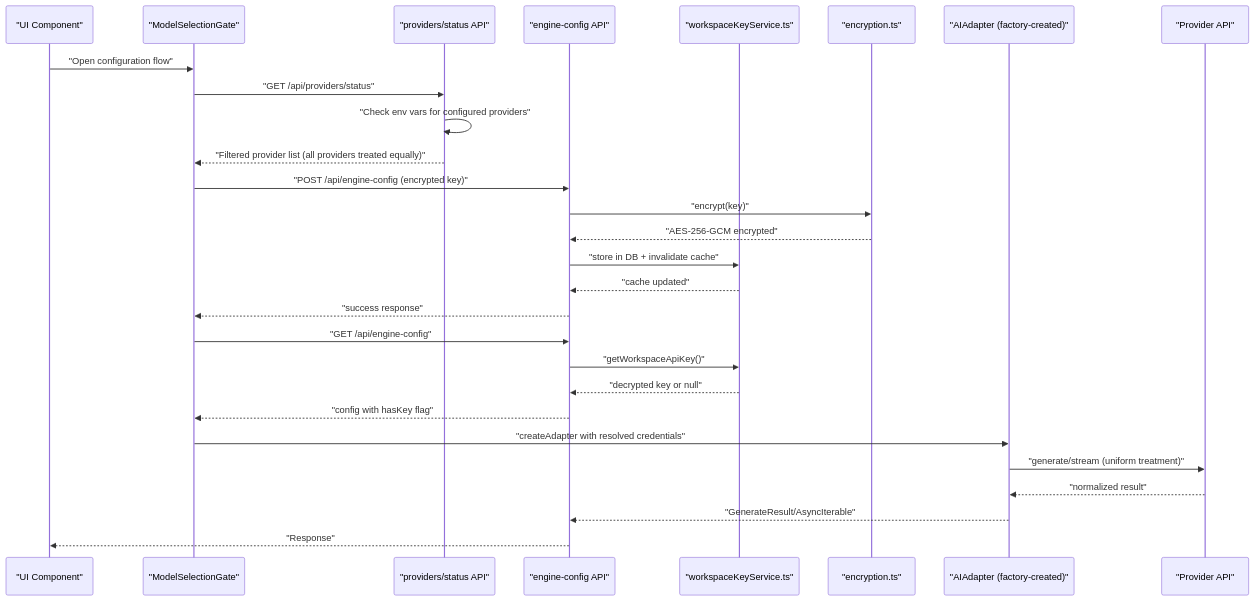
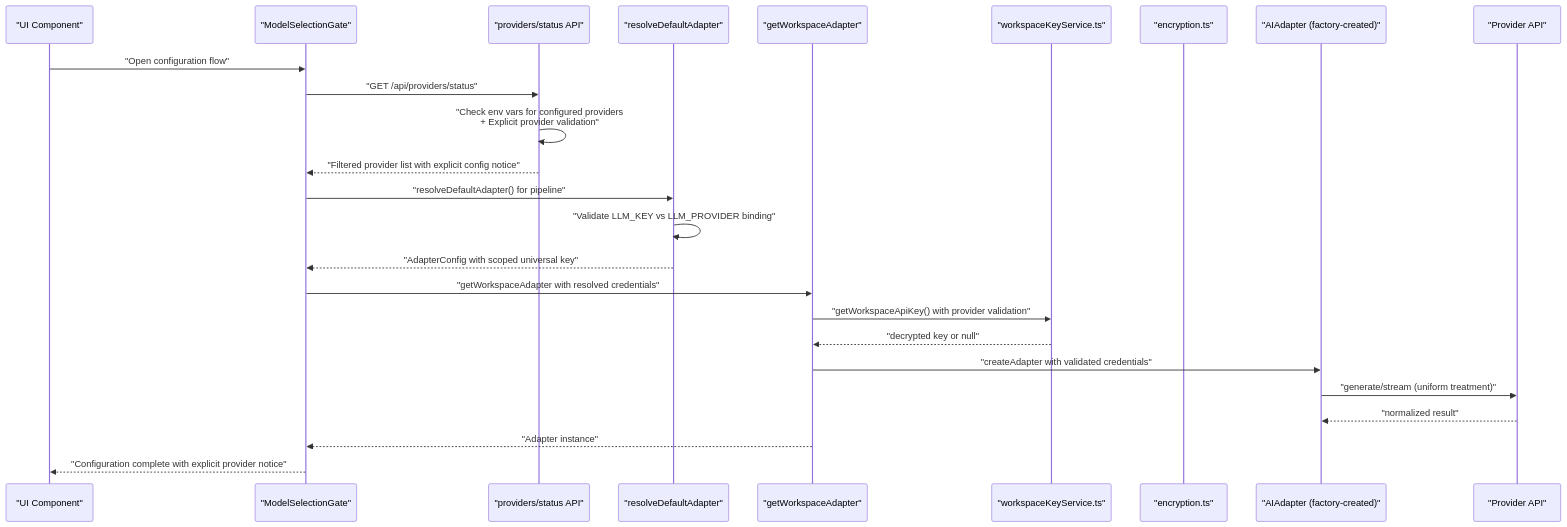
Before and after one commit to shekhargiri005-dotcom/AI-powered-accessibility-first-UI-engine: the second of 9 diagrams in .qoder/repowiki/en/content/AI Generation Engine/AI Provider Adapters/AI Provider Adapters.md, drawn with Mermaid. The commit also changed other lines of this file and 20 other files, not shown here.

Commit message:
Remove Vision check/Final Round - unused, saves API costs and pipeline time

````diff
--- a/.qoder/repowiki/en/content/AI Generation Engine/AI Provider Adapters/AI Provider Adapters.md
+++ b/.qoder/repowiki/en/content/AI Generation Engine/AI Provider Adapters/AI Provider Adapters.md
@@ -147,30 +147,27 @@
 ```mermaid
 sequenceDiagram
 participant UI as "UI Component"
 participant MSG as "ModelSelectionGate"
 participant PSTATUS as "providers/status API"
-participant API as "engine-config API"
+participant RDA as "resolveDefaultAdapter"
+participant IDX as "getWorkspaceAdapter"
 participant SEC as "workspaceKeyService.ts"
 participant ENC as "encryption.ts"
 participant ADP as "AIAdapter (factory-created)"
 participant PRV as "Provider API"
 UI->>MSG : "Open configuration flow"
 MSG->>PSTATUS : "GET /api/providers/status"
-PSTATUS->>PSTATUS : "Check env vars for configured providers"
-PSTATUS-->>MSG : "Filtered provider list (all providers treated equally)"
-MSG->>API : "POST /api/engine-config (encrypted key)"
-API->>ENC : "encrypt(key)"
-ENC-->>API : "AES-256-GCM encrypted"
-API->>SEC : "store in DB + invalidate cache"
-SEC-->>API : "cache updated"
-API-->>MSG : "success response"
-MSG->>API : "GET /api/engine-config"
-API->>SEC : "getWorkspaceApiKey()"
-SEC-->>API : "decrypted key or null"
-API-->>MSG : "config with hasKey flag"
-MSG->>ADP : "createAdapter with resolved credentials"
+PSTATUS->>PSTATUS : "Check env vars for configured providers<br/>+ Explicit provider validation"
+PSTATUS-->>MSG : "Filtered provider list with explicit config notice"
+MSG->>RDA : "resolveDefaultAdapter() for pipeline"
+RDA->>RDA : "Validate LLM_KEY vs LLM_PROVIDER binding"
+RDA-->>MSG : "AdapterConfig with scoped universal key"
+MSG->>IDX : "getWorkspaceAdapter with resolved credentials"
+IDX->>SEC : "getWorkspaceApiKey() with provider validation"
+SEC-->>IDX : "decrypted key or null"
+IDX->>ADP : "createAdapter with validated credentials"
 ADP->>PRV : "generate/stream (uniform treatment)"
 PRV-->>ADP : "normalized result"
-ADP-->>API : "GenerateResult/AsyncIterable"
-API-->>UI : "Response"
+IDX-->>MSG : "Adapter instance"
+MSG-->>UI : "Configuration complete with explicit provider notice"
 ```
````
